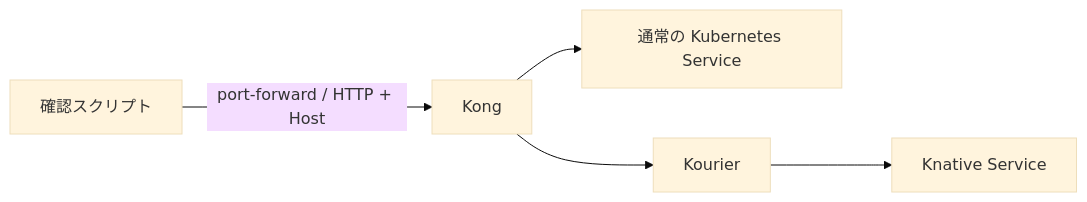
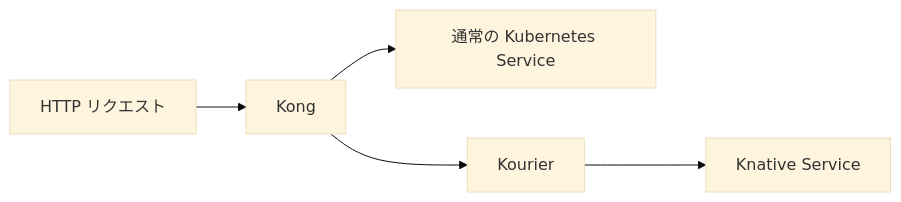
One commit to sasano8/infra-kubernetes changed the diagram in README.md. Above: the diagram before and after it, drawn with Mermaid (base theme).

Commit message:
docs: show HTTP entry instead of verification script in diagram

````diff
--- a/README.md
+++ b/README.md
@@ -5,6 +5,6 @@
 ```mermaid
 flowchart LR
-    Client[確認スクリプト] -->|port-forward / HTTP + Host| Kong
+    HTTP[HTTP リクエスト] --> Kong
     Kong --> Service[通常の Kubernetes Service]
     Kong --> Kourier --> Knative[Knative Service]
 ```
````
